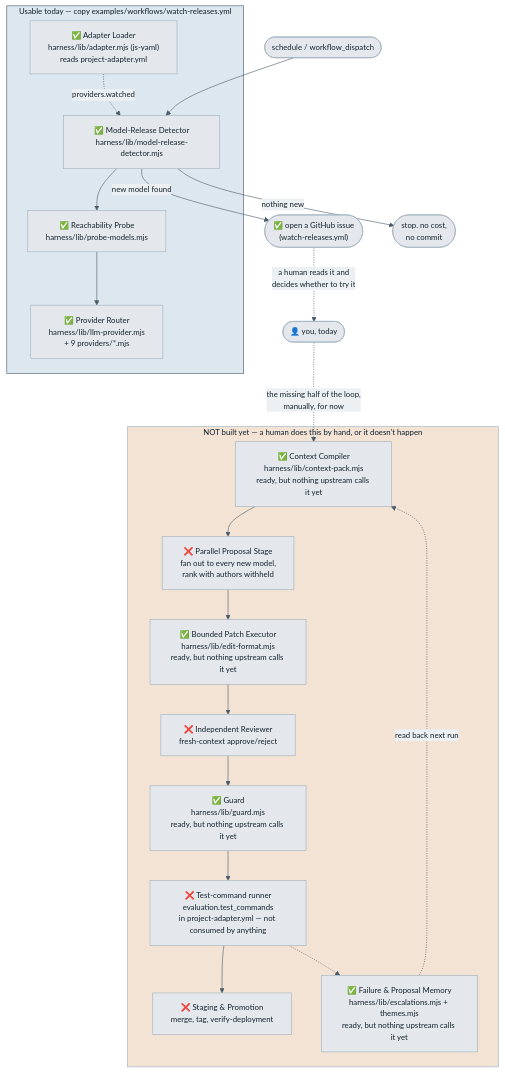
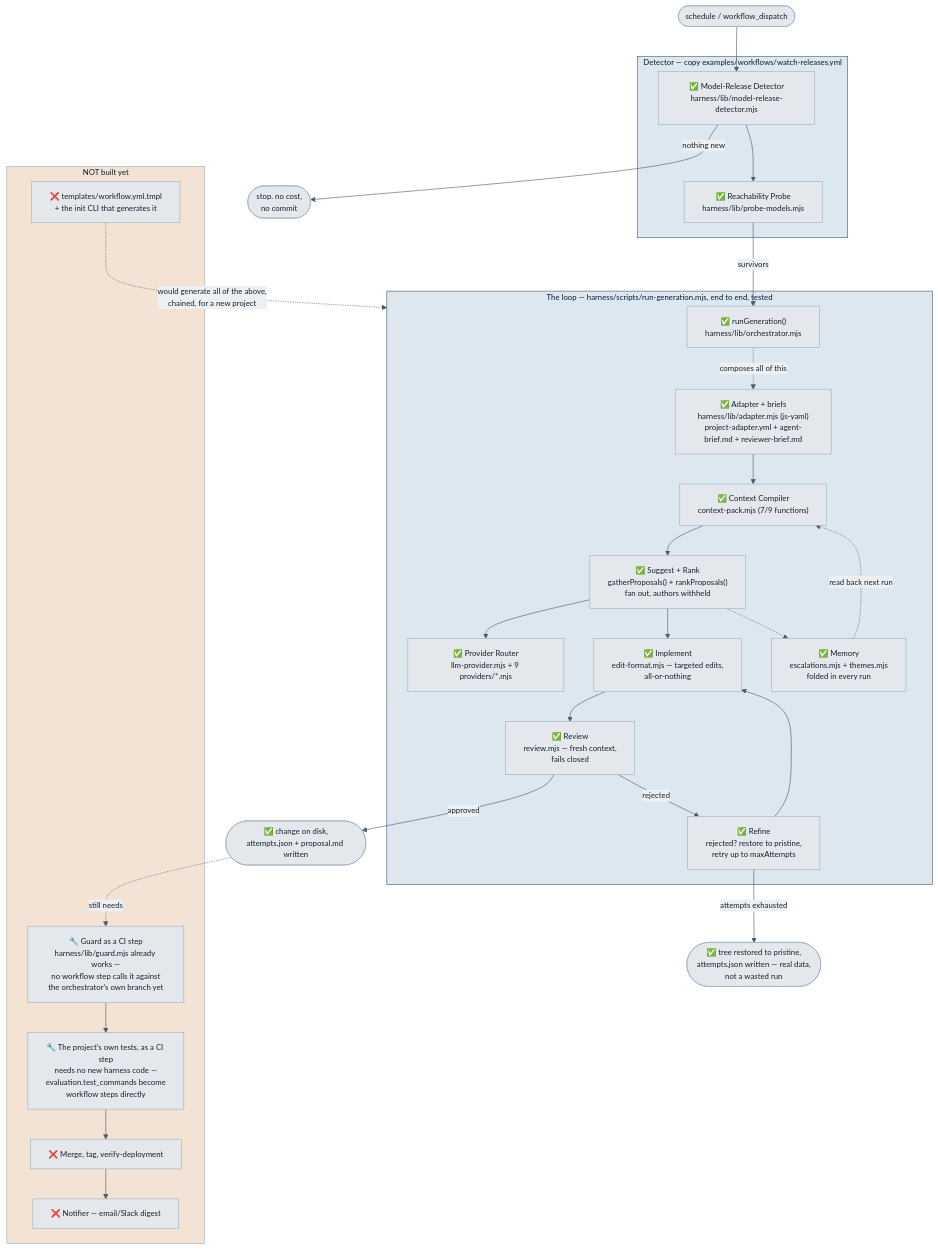
One commit to Chrisfoz/self-optimisation changed the first of 2 diagrams in ARCHITECTURE.md. Above: the diagram before and after it, drawn with Mermaid. The commit also changed other lines of this file and 11 other files, not shown here.

````diff
--- a/ARCHITECTURE.md
+++ b/ARCHITECTURE.md
@@ -20,41 +26,53 @@
 ```mermaid
 %%{init: {"theme":"base","themeVariables":{"fontSize":"13px","primaryColor":"#E4E8EC","primaryTextColor":"#14212B","primaryBorderColor":"#9FB0BE","lineColor":"#4A5C6A","secondaryColor":"#DCE7F0","tertiaryColor":"#F3E3D4","clusterBkg":"#F6F8F9","clusterBorder":"#9FB0BE","edgeLabelBackground":"#EDF0F2","textColor":"#14212B"}}}%%
 flowchart TD
   cron(["schedule / workflow_dispatch"]) --> detector
 
-  subgraph today["Usable today — copy examples/workflows/watch-releases.yml"]
+  subgraph detect["Detector — copy examples/workflows/watch-releases.yml"]
     detector["✅ Model-Release Detector<br/>harness/lib/model-release-detector.mjs"]
     probe["✅ Reachability Probe<br/>harness/lib/probe-models.mjs"]
-    adapter["✅ Adapter Loader<br/>harness/lib/adapter.mjs (js-yaml)<br/>reads project-adapter.yml"]
-    router["✅ Provider Router<br/>harness/lib/llm-provider.mjs<br/>+ 9 providers/*.mjs"]
-
-    adapter -.->|"providers.watched"| detector
     detector --> probe
-    probe --> router
   end
 
-  detector -->|"new model found"| issue(["✅ open a GitHub issue<br/>(watch-releases.yml)"])
   detector -->|"nothing new"| idle(["stop. no cost,<br/>no commit"])
+  probe -->|"survivors"| rungen
 
-  issue -.->|"a human reads it and<br/>decides whether to try it"| human(["👤 you, today"])
+  subgraph loop["The loop — harness/scripts/run-generation.mjs, end to end, tested"]
+    adapter["✅ Adapter + briefs<br/>harness/lib/adapter.mjs (js-yaml)<br/>project-adapter.yml + agent-brief.md + reviewer-brief.md"]
+    rungen["✅ runGeneration()<br/>harness/lib/orchestrator.mjs"]
+    router["✅ Provider Router<br/>llm-provider.mjs + 9 providers/*.mjs"]
+    context["✅ Context Compiler<br/>context-pack.mjs (7/9 functions)"]
+    propose["✅ Suggest + Rank<br/>gatherProposals() + rankProposals()<br/>fan out, authors withheld"]
+    executor["✅ Implement<br/>edit-format.mjs — targeted edits,<br/>all-or-nothing"]
+    reviewer["✅ Review<br/>review.mjs — fresh context,<br/>fails closed"]
+    refine["✅ Refine<br/>rejected? restore to pristine,<br/>retry up to maxAttempts"]
+    memory["✅ Memory<br/>escalations.mjs + themes.mjs<br/>folded in every run"]
 
-  subgraph missing["NOT built yet — a human does this by hand, or it doesn't happen"]
-    context["✅ Context Compiler<br/>harness/lib/context-pack.mjs<br/>ready, but nothing upstream calls it yet"]
-    executor["✅ Bounded Patch Executor<br/>harness/lib/edit-format.mjs<br/>ready, but nothing upstream calls it yet"]
-    propose["❌ Parallel Proposal Stage<br/>fan out to every new model,<br/>rank with authors withheld"]
-    reviewer["❌ Independent Reviewer<br/>fresh-context approve/reject"]
-    guard["✅ Guard<br/>harness/lib/guard.mjs<br/>ready, but nothing upstream calls it yet"]
-    testrunner["❌ Test-command runner<br/>evaluation.test_commands<br/>in project-adapter.yml — not consumed by anything"]
-    memory["✅ Failure & Proposal Memory<br/>harness/lib/escalations.mjs + themes.mjs<br/>ready, but nothing upstream calls it yet"]
-    promote["❌ Staging & Promotion<br/>merge, tag, verify-deployment"]
-
-    context --> propose --> executor --> reviewer --> guard --> testrunner --> promote
+    adapter --> context --> propose
+    propose --> router
+    propose --> executor --> reviewer
+    reviewer -->|"rejected"| refine --> executor
+    propose -.-> memory
     memory -.->|"read back next run"| context
-    testrunner -.-> memory
   end
 
-  human -.->|"the missing half of the loop,<br/>manually, for now"| context
+  rungen -.->|"composes all of this"| adapter
 
-  style today fill:#DCE7F0,stroke:#4A5C6A
+  reviewer -->|"approved"| approved(["✅ change on disk,<br/>attempts.json + proposal.md written"])
+  refine -->|"attempts exhausted"| abandoned(["✅ tree restored to pristine,<br/>attempts.json written — real data,<br/>not a wasted run"])
+
+  subgraph missing["NOT built yet"]
+    guardstep["🔧 Guard as a CI step<br/>harness/lib/guard.mjs already works —<br/>no workflow step calls it against<br/>the orchestrator's own branch yet"]
+    teststep["🔧 The project's own tests, as a CI step<br/>needs no new harness code —<br/>evaluation.test_commands become<br/>workflow steps directly"]
+    promote["❌ Merge, tag, verify-deployment"]
+    notify["❌ Notifier — email/Slack digest"]
+    workflow["❌ templates/workflow.yml.tmpl<br/>+ the init CLI that generates it"]
+  end
+
+  approved -.->|"still needs"| guardstep --> teststep --> promote --> notify
+  workflow -.->|"would generate all of the above,<br/>chained, for a new project"| loop
+
+  style detect fill:#DCE7F0,stroke:#4A5C6A
+  style loop fill:#DCE7F0,stroke:#4A5C6A
   style missing fill:#F3E3D4,stroke:#9FB0BE
 ```
````
